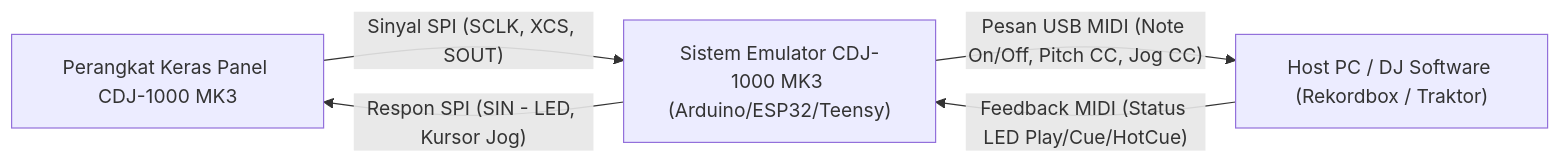
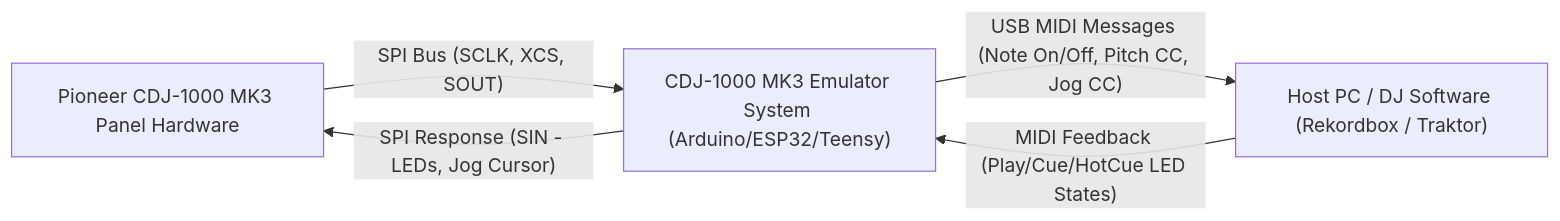
One commit to fabiodj2/cdj1000mk3-spi-bridge changed the first of 2 diagrams in README.md. Above: the diagram before and after it, drawn with Mermaid. The commit also changed other lines of this file and 1 other file, not shown here.

````diff
--- a/README.md
+++ b/README.md
@@ -209,12 +211,12 @@
 ```mermaid
 flowchart LR
-    CDJ["Perangkat Keras Panel CDJ-1000 MK3"]
-    SYS["Sistem Emulator CDJ-1000 MK3 (Arduino/ESP32/Teensy)"]
+    CDJ["Pioneer CDJ-1000 MK3 Panel Hardware"]
+    SYS["CDJ-1000 MK3 Emulator System (Arduino/ESP32/Teensy)"]
     HOST["Host PC / DJ Software (Rekordbox / Traktor)"]
 
-    CDJ -- "Sinyal SPI (SCLK, XCS, SOUT)" --> SYS
-    SYS -- "Respon SPI (SIN - LED, Kursor Jog)" --> CDJ
+    CDJ -- "SPI Bus (SCLK, XCS, SOUT)" --> SYS
+    SYS -- "SPI Response (SIN - LEDs, Jog Cursor)" --> CDJ
     
-    SYS -- "Pesan USB MIDI (Note On/Off, Pitch CC, Jog CC)" --> HOST
-    HOST -- "Feedback MIDI (Status LED Play/Cue/HotCue)" --> SYS
+    SYS -- "USB MIDI Messages (Note On/Off, Pitch CC, Jog CC)" --> HOST
+    HOST -- "MIDI Feedback (Play/Cue/HotCue LED States)" --> SYS
 ```
````
